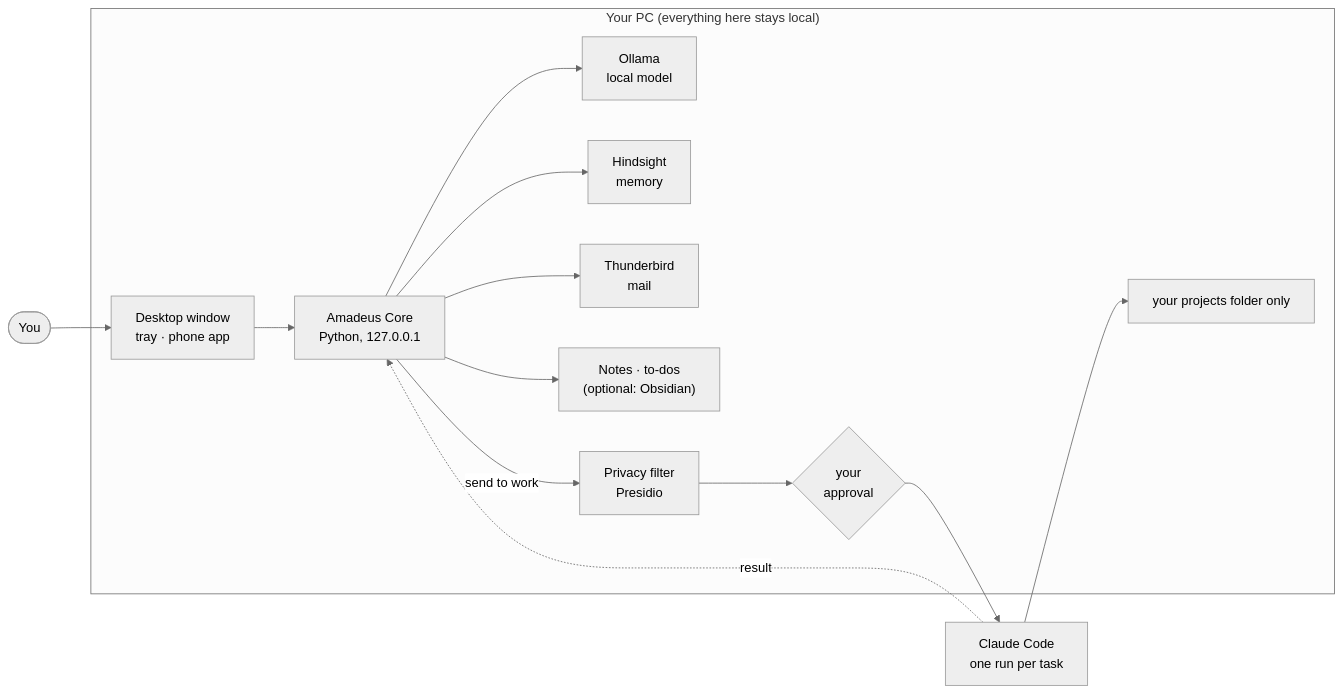
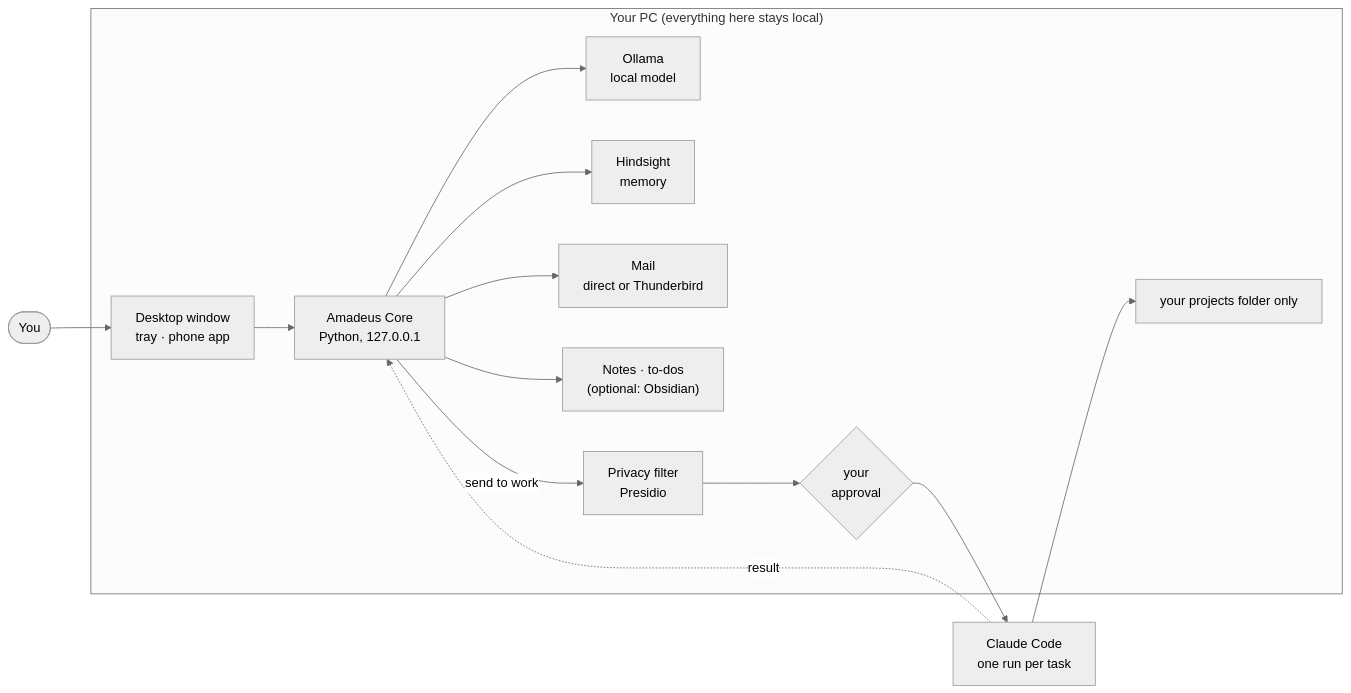
One commit to IAbrahamI/Amadeus changed the diagram in README.md. Above: the diagram before and after it, drawn with Mermaid (neutral theme). The commit also changed other lines of this file and 1 other file, not shown here.

Commit message:
Docs: how each mail provider connects

````diff
--- a/README.md
+++ b/README.md
@@ -59,26 +59,26 @@
 ```mermaid
 flowchart LR
     you([You]) --> ui["Desktop window<br/>tray · phone app"]
     ui --> core["Amadeus Core<br/>Python, 127.0.0.1"]
     core --> llm["Ollama<br/>local model"]
     core --> mem["Hindsight<br/>memory"]
-    core --> tb["Thunderbird<br/>mail"]
+    core --> tb["Mail<br/>direct or Thunderbird"]
     core --> vault["Notes · to-dos<br/>(optional: Obsidian)"]
     core -- "send to work" --> filter["Privacy filter<br/>Presidio"]
     filter --> ok{"your<br/>approval"}
     ok --> cc["Claude Code<br/>one run per task"]
     cc --> projects["your projects folder only"]
     cc -. result .-> core
 
     subgraph pc ["Your PC (everything here stays local)"]
       ui
       core
       llm
       mem
       tb
       vault
       filter
       ok
       projects
     end
 ```
````
